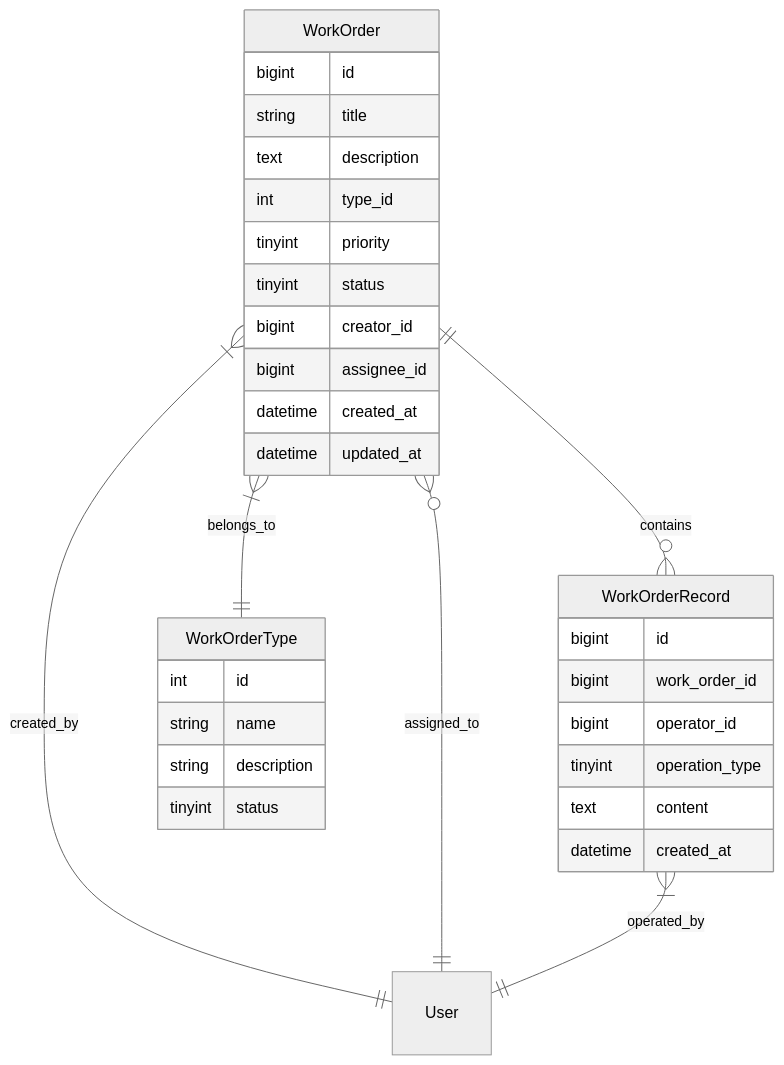
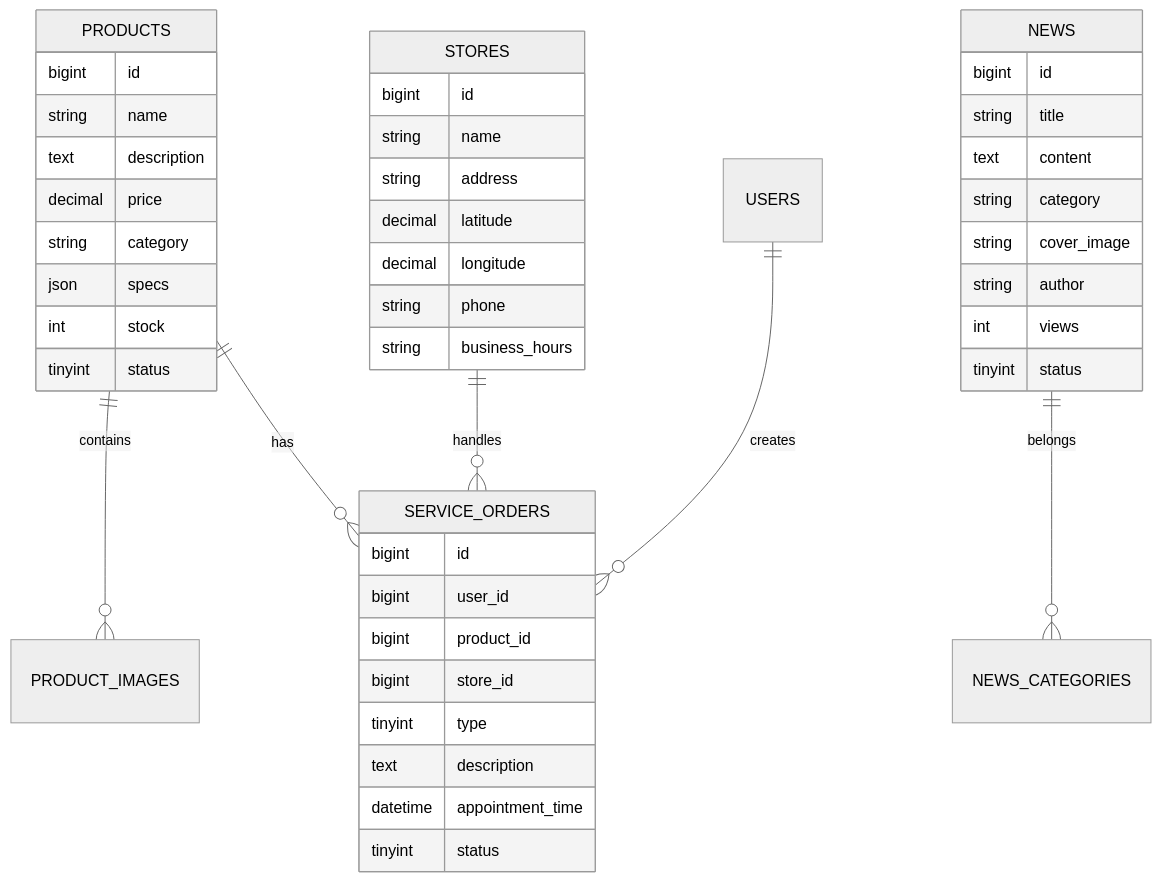
Before and after one commit to Moriarty1230/n8n-xp: the second of 3 diagrams in doc/outlinedesign.md, drawn with Mermaid (neutral theme). The commit also changed other lines of this file, not shown here.

````diff
--- a/doc/outlinedesign.md
+++ b/doc/outlinedesign.md
@@ -59,37 +112,51 @@
 ```mermaid
 erDiagram
-    WorkOrder ||--o{ WorkOrderRecord : contains
-    WorkOrder }|--|| WorkOrderType : belongs_to
-    WorkOrder }|--|| User : created_by
-    WorkOrder }o--|| User : assigned_to
-    WorkOrderRecord }|--|| User : operated_by
-    
-    WorkOrder {
+    PRODUCTS ||--o{ PRODUCT_IMAGES : contains
+    PRODUCTS ||--o{ SERVICE_ORDERS : has
+    STORES ||--o{ SERVICE_ORDERS : handles
+    USERS ||--o{ SERVICE_ORDERS : creates
+    NEWS ||--o{ NEWS_CATEGORIES : belongs
+
+    PRODUCTS {
+        bigint id
+        string name
+        text description
+        decimal price
+        string category
+        json specs
+        int stock
+        tinyint status
+    }
+
+    STORES {
+        bigint id
+        string name
+        string address
+        decimal latitude
+        decimal longitude
+        string phone
+        string business_hours
+    }
+
+    SERVICE_ORDERS {
+        bigint id
+        bigint user_id
+        bigint product_id
+        bigint store_id
+        tinyint type
+        text description
+        datetime appointment_time
+        tinyint status
+    }
+
+    NEWS {
         bigint id
         string title
-        text description
-        int type_id
-        tinyint priority
-        tinyint status
-        bigint creator_id
-        bigint assignee_id
-        datetime created_at
-        datetime updated_at
-    }
-    
-    WorkOrderType {
-        int id
-        string name
-        string description
+        text content
+        string category
+        string cover_image
+        string author
+        int views
         tinyint status
     }
-    
-    WorkOrderRecord {
-        bigint id
-        bigint work_order_id
-        bigint operator_id
-        tinyint operation_type
-        text content
-        datetime created_at
-    }
 ```
````
